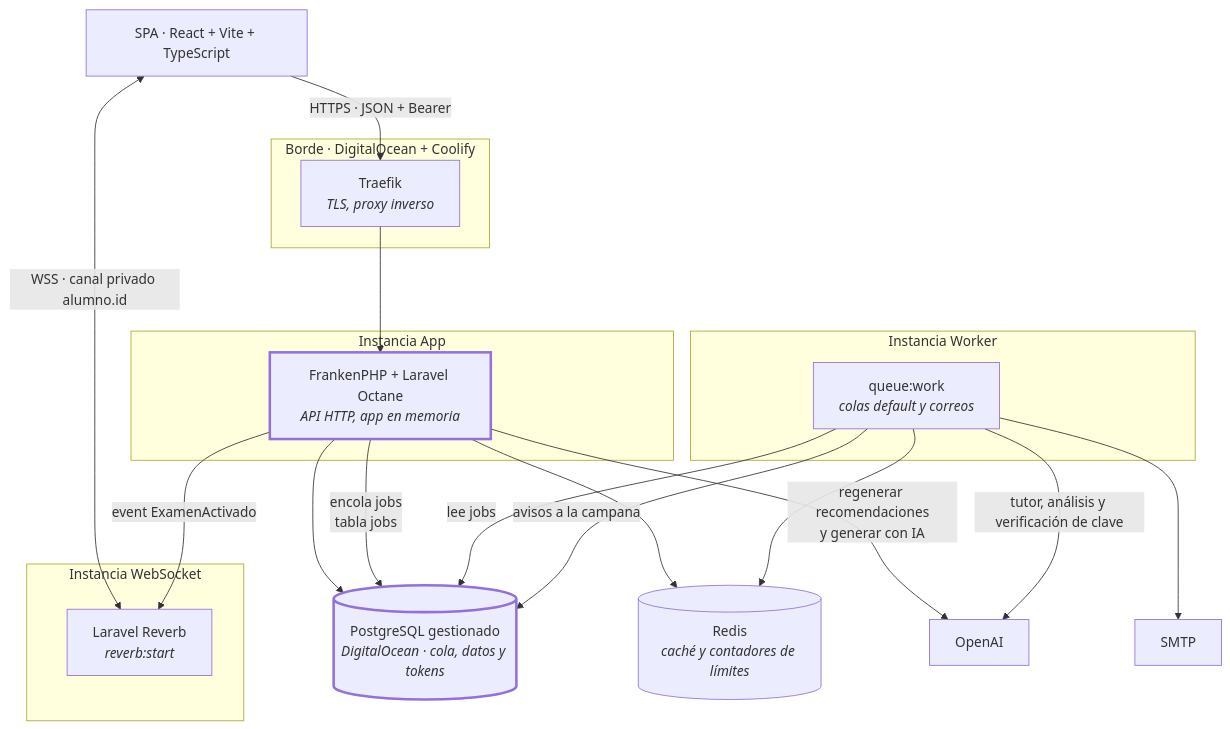
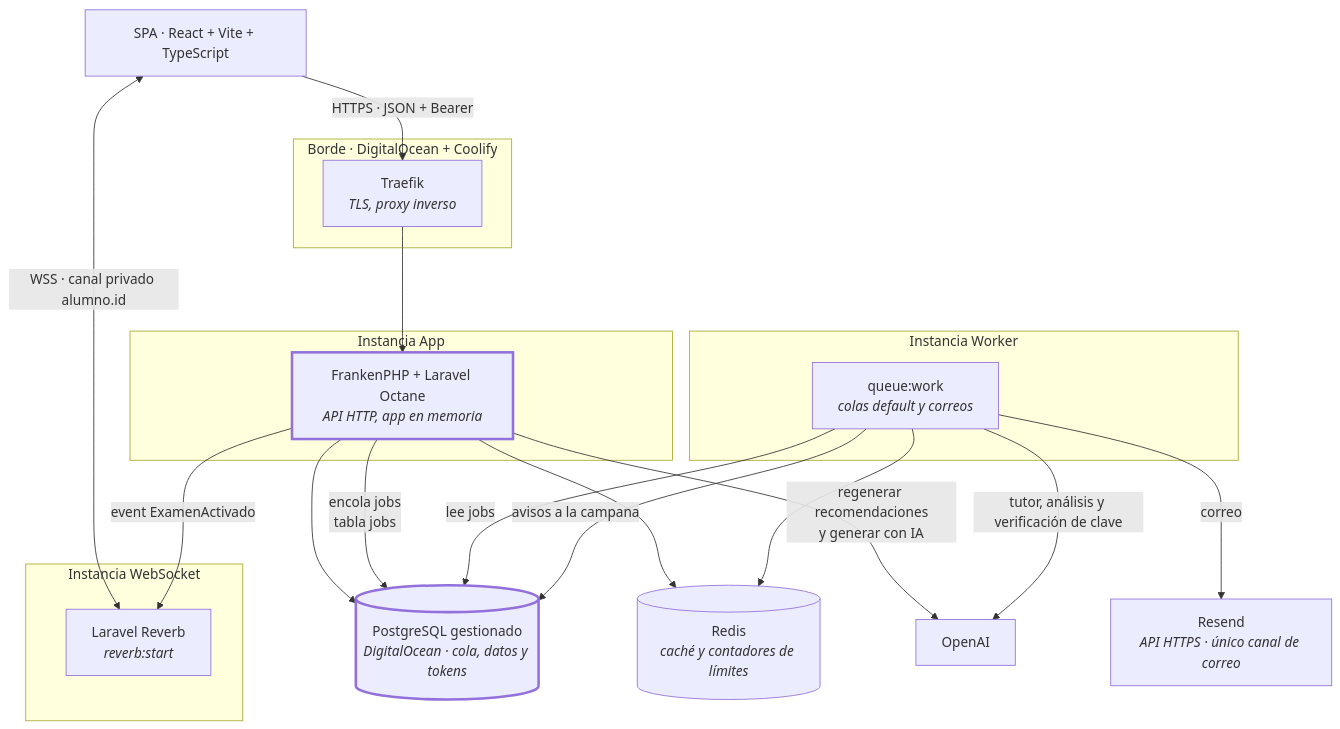
Before and after one commit to Infil505/NeoEduCore-Back: the ninth of 19 diagrams in docs/DIAGRAMAS.md, drawn with Mermaid. The commit also changed other lines of this file and 8 other files, not shown here.

````diff
--- a/docs/DIAGRAMAS.md
+++ b/docs/DIAGRAMAS.md
@@ -783,42 +783,42 @@
 ```mermaid
 flowchart TB
     CLIENT["SPA · React + Vite + TypeScript"]
 
     subgraph EDGE["Borde · DigitalOcean + Coolify"]
         TRAEFIK["Traefik<br/><i>TLS, proxy inverso</i>"]
     end
 
     subgraph APP["Instancia App"]
         OCTANE["FrankenPHP + Laravel Octane<br/><i>API HTTP, app en memoria</i>"]
     end
     subgraph WS["Instancia WebSocket"]
         REVERB["Laravel Reverb<br/><i>reverb:start</i>"]
     end
     subgraph WK["Instancia Worker"]
         WORKER["queue:work<br/><i>colas default y correos</i>"]
     end
 
     PG[("PostgreSQL gestionado<br/><i>DigitalOcean · cola, datos y tokens</i>")]
     REDIS[("Redis<br/><i>caché y contadores de límites</i>")]
     OPENAI["OpenAI"]
-    SMTP["SMTP"]
+    RESEND["Resend<br/><i>API HTTPS · único canal de correo</i>"]
 
     CLIENT -->|"HTTPS · JSON + Bearer"| TRAEFIK
     TRAEFIK --> OCTANE
     CLIENT <-->|"WSS · canal privado alumno.id"| REVERB
 
     OCTANE --> PG
     OCTANE --> REDIS
     OCTANE -->|"encola jobs<br/>tabla jobs"| PG
     OCTANE -->|"event ExamenActivado"| REVERB
     OCTANE -->|"regenerar recomendaciones<br/>y generar con IA"| OPENAI
 
     WORKER -->|"lee jobs"| PG
     WORKER --> REDIS
     WORKER -->|"tutor, análisis y verificación de clave"| OPENAI
-    WORKER --> SMTP
+    WORKER -->|"correo"| RESEND
     WORKER -->|"avisos a la campana"| PG
 
     style PG stroke-width:3px
     style OCTANE stroke-width:3px
 ```
````
